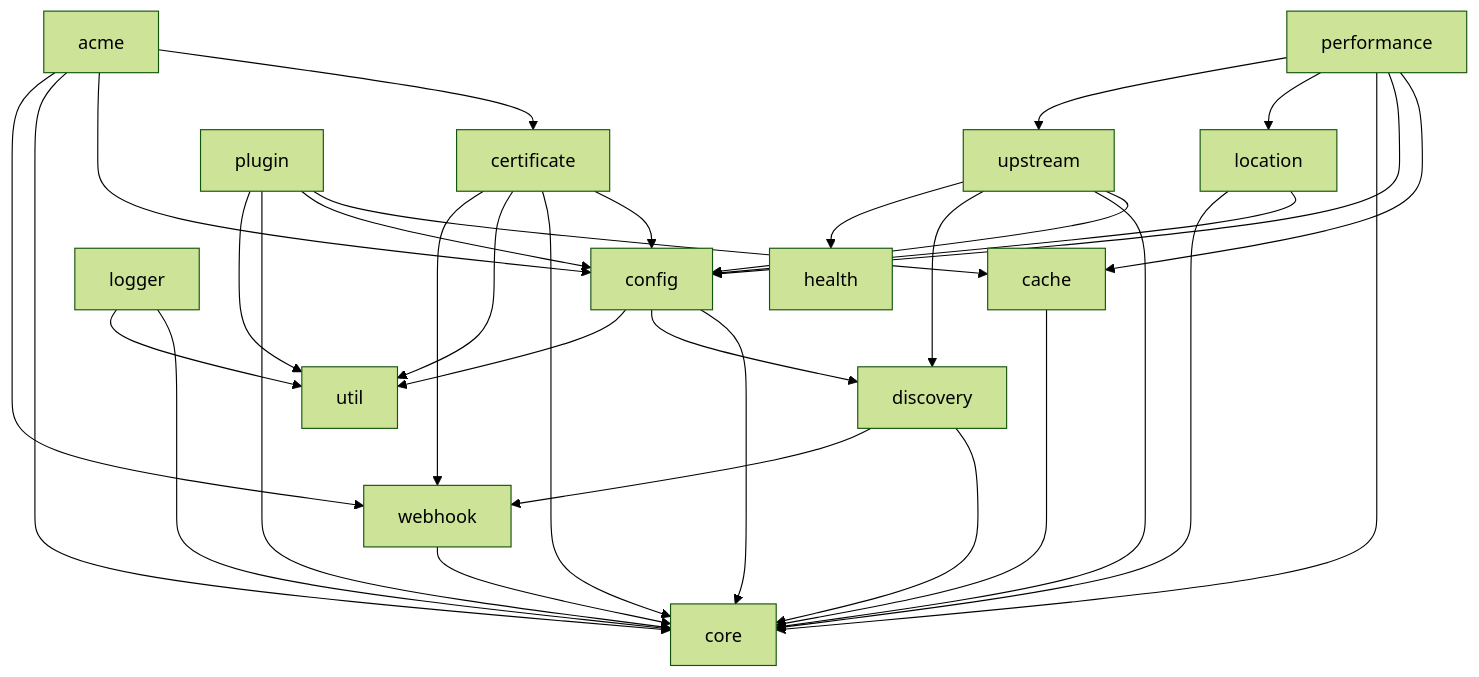
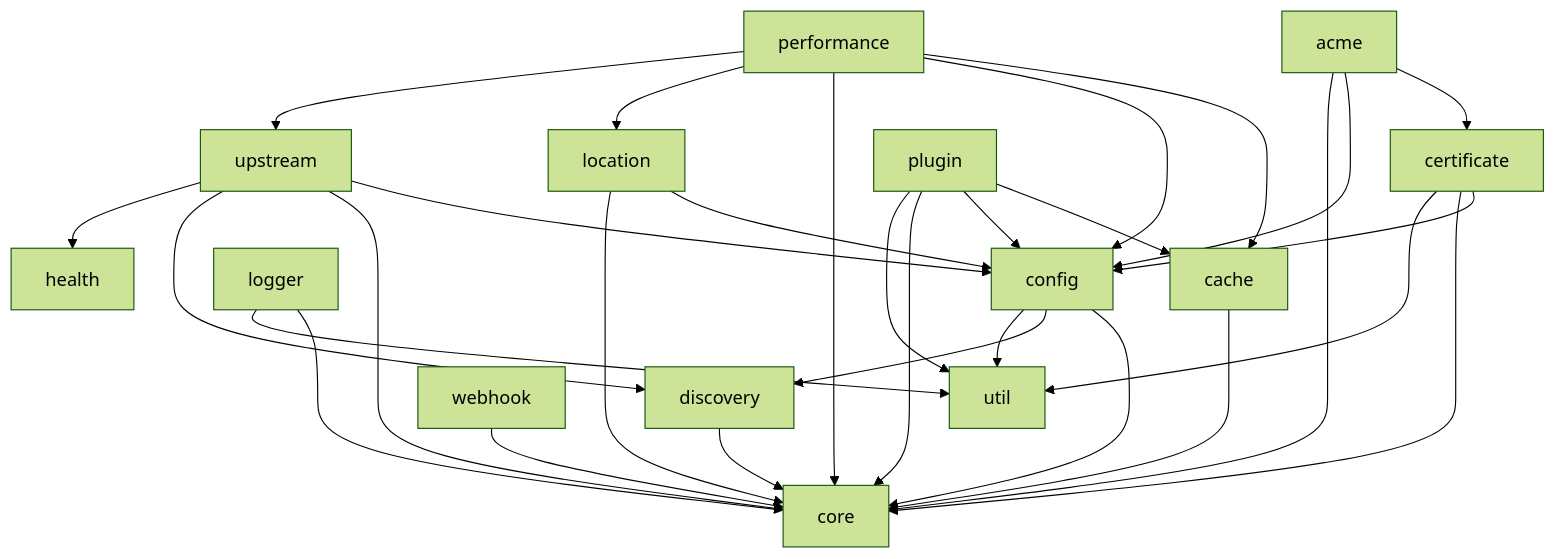
One commit to vicanso/pingap changed the diagram in docs/modules.md. Above: the diagram before and after it, drawn with Mermaid (forest theme). The commit also changed 10 other files, not shown here.

````diff
--- a/docs/modules.md
+++ b/docs/modules.md
@@ -21,45 +21,42 @@
 ```mermaid
 graph TD
     acme --> certificate
     acme --> config
     acme --> core
-    acme --> webhook
 
     cache --> core
 
     certificate --> config
     certificate --> core
     certificate --> util
-    certificate --> webhook
 
     config --> core
     config --> discovery
     config --> util
 
     discovery --> core
-    discovery --> webhook
 
     location --> config
     location --> core
 
     logger --> core
     logger --> util
 
     performance --> cache
     performance --> config
     performance --> core
     performance --> location
     performance --> upstream
 
     plugin --> cache
     plugin --> config
     plugin --> core
     plugin --> util
 
     upstream --> config
     upstream --> core
     upstream --> discovery
     upstream --> health
 
     webhook --> core
 ```
````
